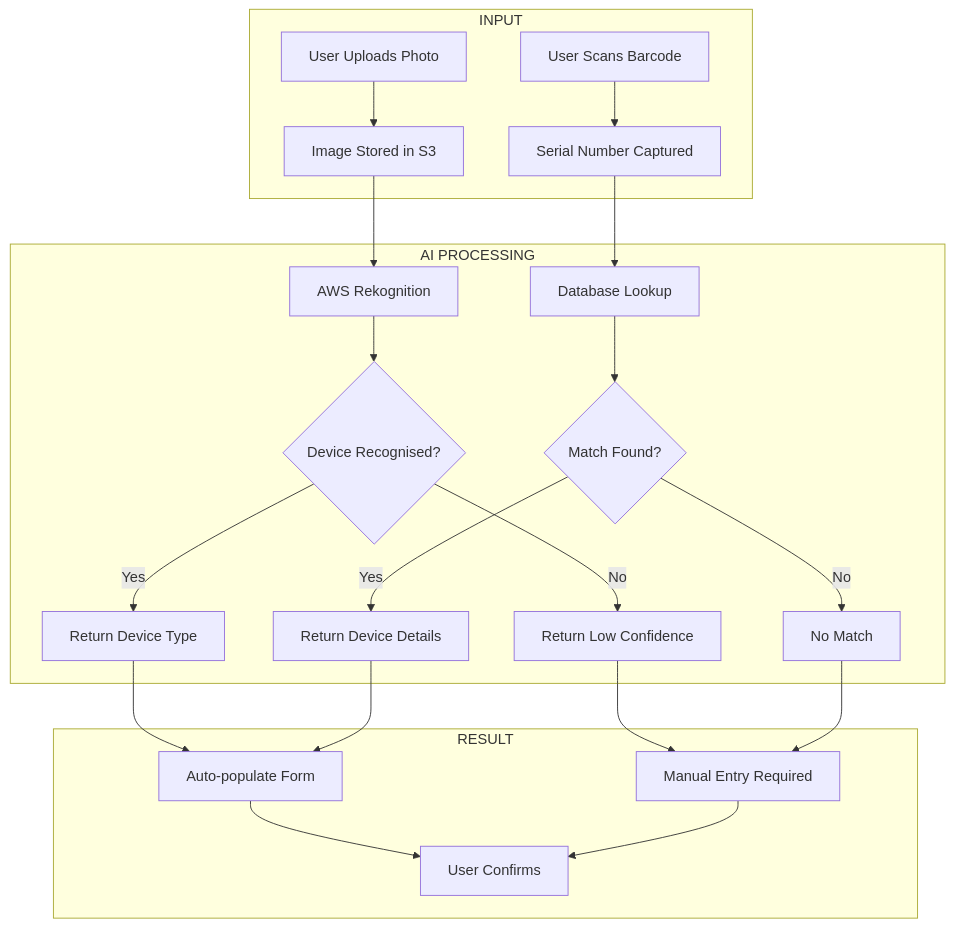
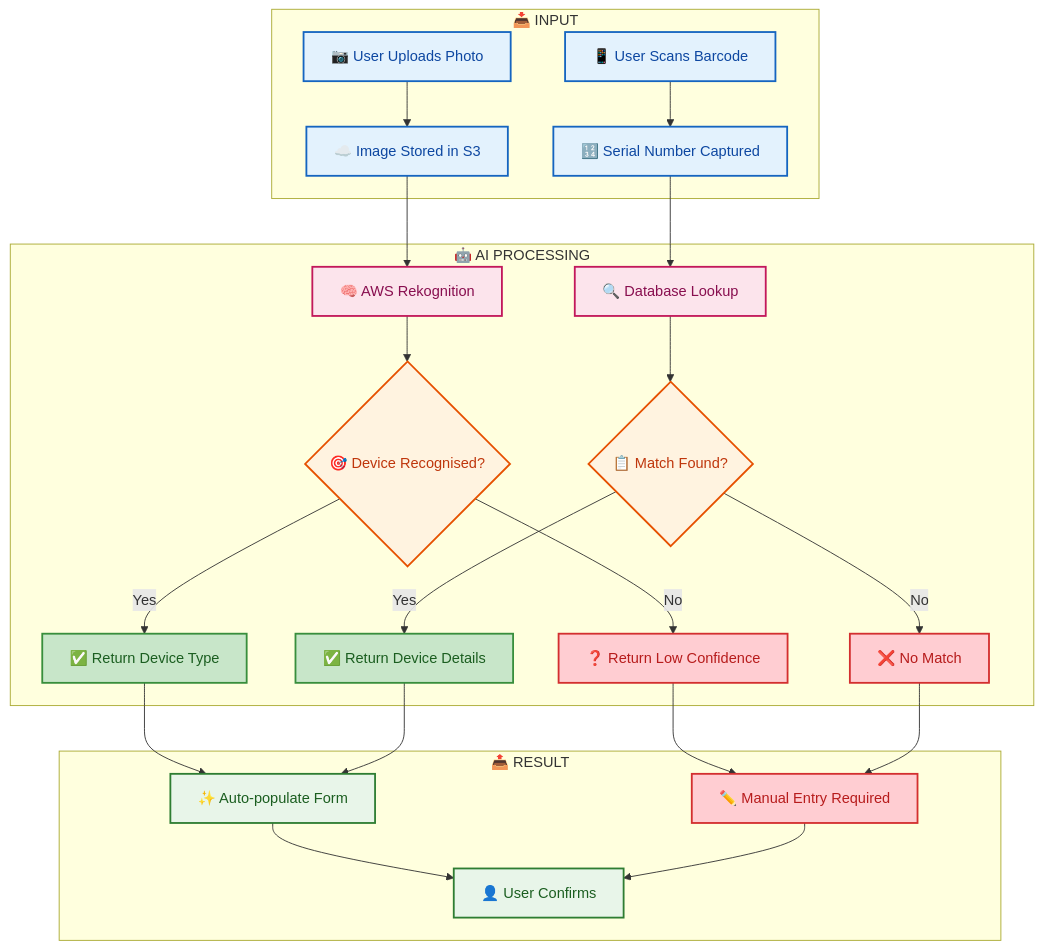
One commit to nugehs/ai-reclaim-m0 changed the sixth of 8 diagrams in docs/USER-FLOWS.md. Above: the diagram before and after it, drawn with Mermaid. The commit also changed other lines of this file and 12 other files, not shown here.

````diff
--- a/docs/USER-FLOWS.md
+++ b/docs/USER-FLOWS.md
@@ -169,28 +269,43 @@
 ```mermaid
 flowchart TB
-    subgraph "INPUT"
-        I1[User Uploads Photo] --> I2[Image Stored in S3]
-        I3[User Scans Barcode] --> I4[Serial Number Captured]
+    subgraph INPUT["📥 INPUT"]
+        I1[📷 User Uploads Photo] --> I2[☁️ Image Stored in S3]
+        I3[📱 User Scans Barcode] --> I4[🔢 Serial Number Captured]
     end
 
-    subgraph "AI PROCESSING"
-        I2 --> P1[AWS Rekognition]
-        P1 --> P2{Device Recognised?}
-        P2 -->|Yes| P3[Return Device Type]
-        P2 -->|No| P4[Return Low Confidence]
+    subgraph AIPROC["🤖 AI PROCESSING"]
+        I2 --> P1[🧠 AWS Rekognition]
+        P1 --> P2{🎯 Device Recognised?}
+        P2 -->|Yes| P3[✅ Return Device Type]
+        P2 -->|No| P4[❓ Return Low Confidence]
 
-        I4 --> P5[Database Lookup]
-        P5 --> P6{Match Found?}
-        P6 -->|Yes| P7[Return Device Details]
-        P6 -->|No| P8[No Match]
+        I4 --> P5[🔍 Database Lookup]
+        P5 --> P6{📋 Match Found?}
+        P6 -->|Yes| P7[✅ Return Device Details]
+        P6 -->|No| P8[❌ No Match]
     end
 
-    subgraph "RESULT"
-        P3 --> R1[Auto-populate Form]
-        P4 --> R2[Manual Entry Required]
+    subgraph RESULT["📤 RESULT"]
+        P3 --> R1[✨ Auto-populate Form]
+        P4 --> R2[✏️ Manual Entry Required]
         P7 --> R1
         P8 --> R2
-        R1 --> R3[User Confirms]
+        R1 --> R3[👤 User Confirms]
         R2 --> R3
     end
+
+    %% Styling
+    classDef inputStyle fill:#e3f2fd,stroke:#1565c0,stroke-width:2px,color:#0d47a1
+    classDef aiStyle fill:#fce4ec,stroke:#c2185b,stroke-width:2px,color:#880e4f
+    classDef resultStyle fill:#e8f5e9,stroke:#2e7d32,stroke-width:2px,color:#1b5e20
+    classDef successStyle fill:#c8e6c9,stroke:#388e3c,stroke-width:2px,color:#1b5e20
+    classDef failStyle fill:#ffcdd2,stroke:#d32f2f,stroke-width:2px,color:#b71c1c
+    classDef decisionStyle fill:#fff3e0,stroke:#e65100,stroke-width:2px,color:#bf360c
+
+    class I1,I2,I3,I4 inputStyle
+    class P1,P5 aiStyle
+    class R1,R3 resultStyle
+    class P3,P7 successStyle
+    class P4,P8,R2 failStyle
+    class P2,P6 decisionStyle
 ```
````
